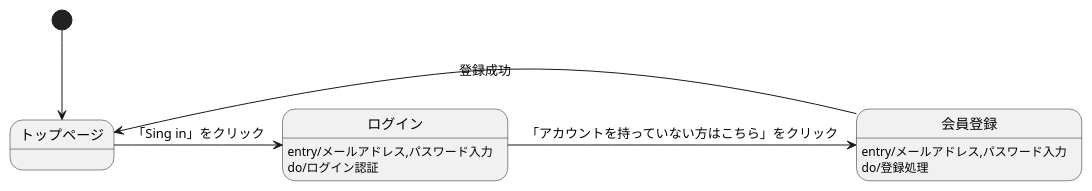
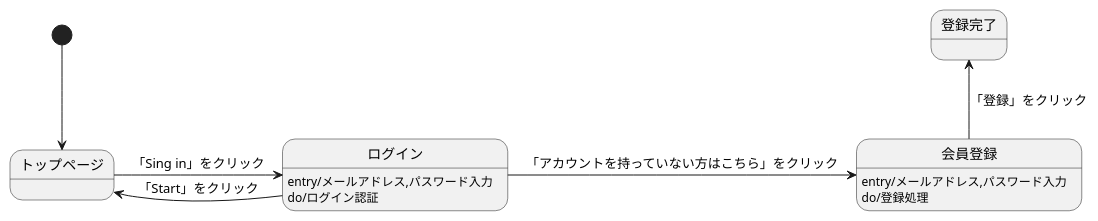
Before and after one commit to Aso2001031/2021sys-design: the diagram in 画面遷移図.md, drawn with PlantUML.

````diff
--- a/画面遷移図.md
+++ b/画面遷移図.md
@@ -1,18 +1,21 @@
 ```uml
 @startuml
 
 [*] -down-> トップページ
 
 
 トップページ -right-> ログイン :「Sing in」をクリック
 
+
+
 ログイン : entry/メールアドレス,パスワード入力
 ログイン : do/ログイン認証
+ログイン -left-> トップページ :「Start」をクリック
 ログイン -right-> 会員登録 :「アカウントを持っていない方はこちら」をクリック
 
-会員登録 :entry/メールアドレス,パスワード入力
-会員登録 :do/登録処理
-会員登録 -left-> トップページ : 登録成功
+会員登録 : entry/メールアドレス,パスワード入力
+会員登録 : do/登録処理
+会員登録 -up-> 登録完了 : 「登録」をクリック
 
 @enduml
 ```
````
